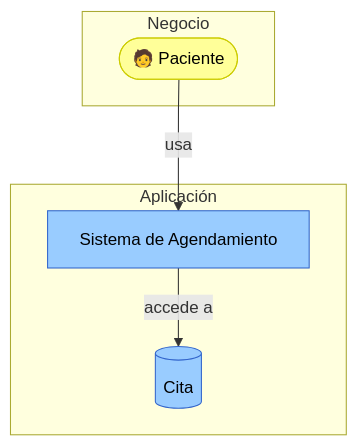
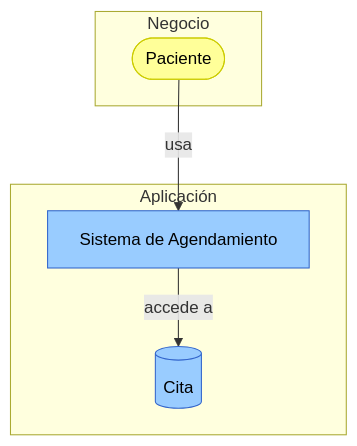
Before and after one commit to CesarAVegaF312/AREM-Taller_2_Modelo_Informacion: the diagram in clase/guia_paso_a_paso_modelo_informacion.md, drawn with Mermaid. The commit also changed other lines of this file and 4 other files, not shown here.

````diff
--- a/clase/guia_paso_a_paso_modelo_informacion.md
+++ b/clase/guia_paso_a_paso_modelo_informacion.md
@@ -123,18 +123,18 @@
 ```mermaid
 flowchart TD
     subgraph negocio["Negocio"]
-        paciente(["🧑 Paciente"])
+        paciente(["Paciente"])
     end
     subgraph aplicacion["Aplicación"]
         agendamiento["Sistema de Agendamiento"]
         cita[("Cita")]
     end
 
     paciente -->|"usa"| agendamiento
     agendamiento -->|"accede a"| cita
 
     classDef negocio fill:#ffff99,color:#000,stroke:#cccc00;
     classDef aplicacion fill:#99ccff,color:#000,stroke:#3366cc;
     class paciente negocio
     class agendamiento,cita aplicacion
 ```
````
